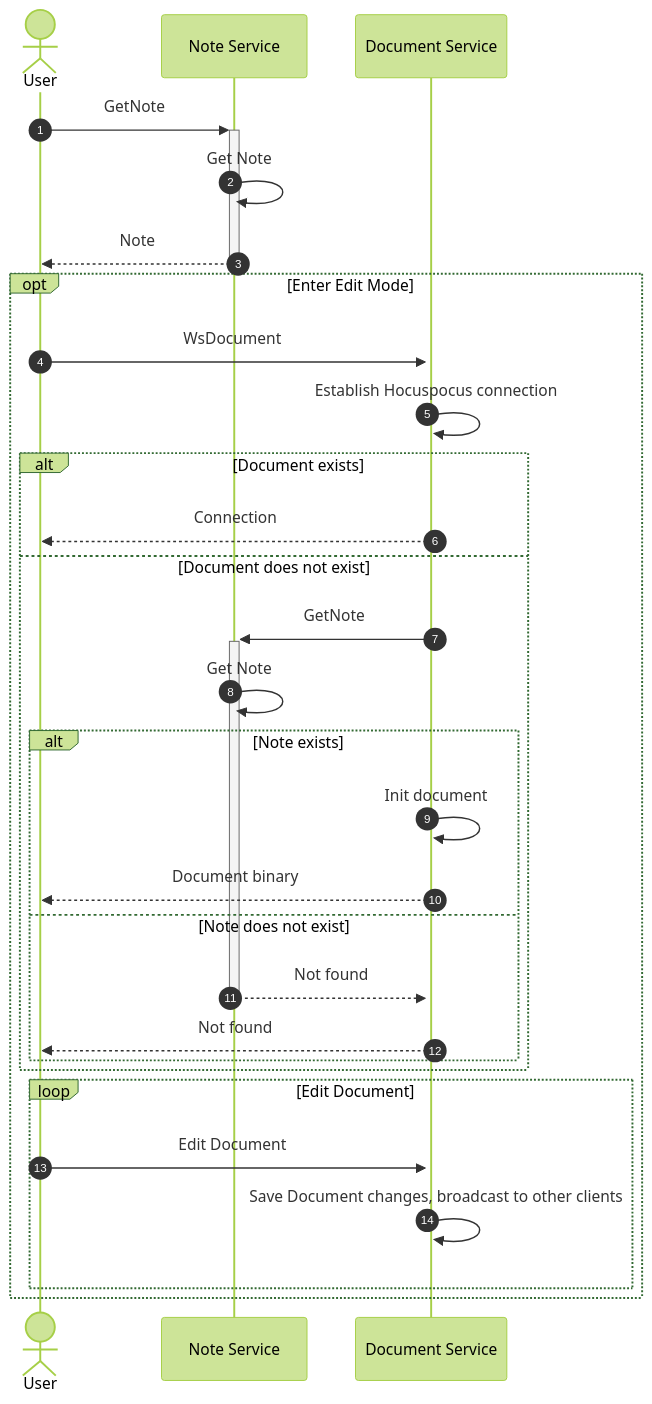
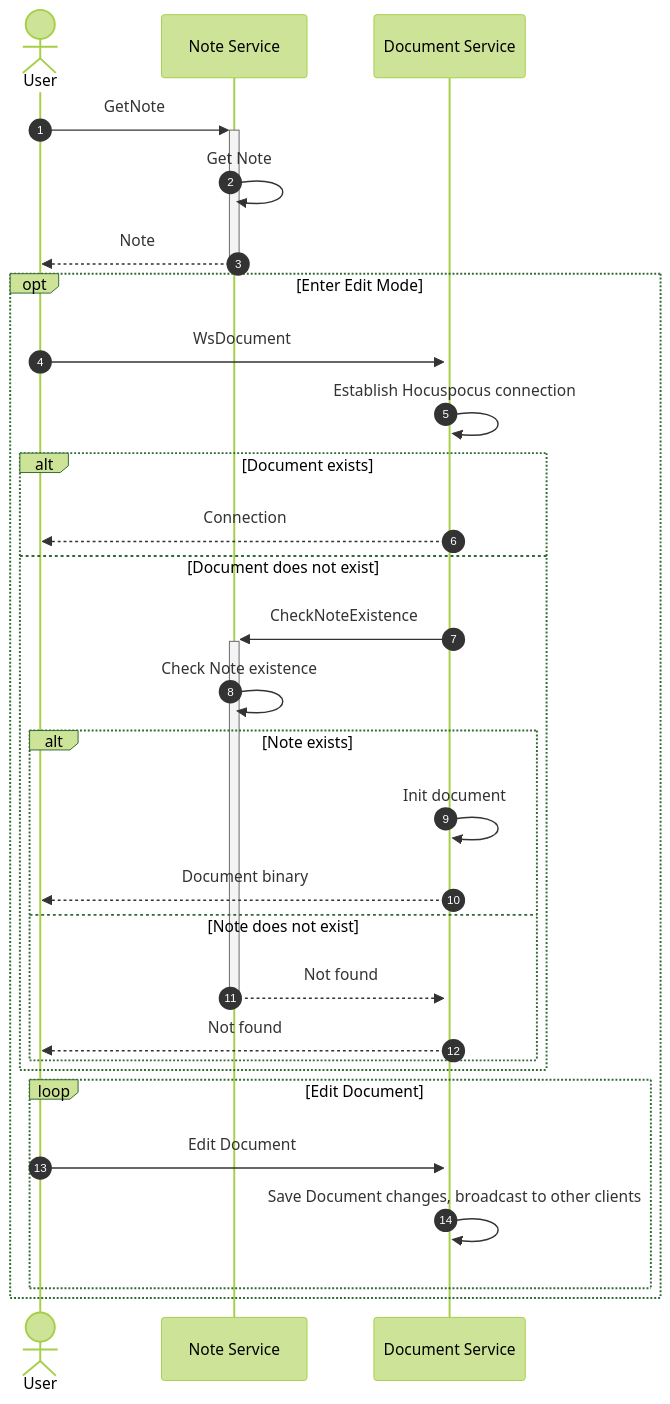
One commit to notopia-uit/notopia changed the second of 5 diagrams in docs/src/references/activity/note.md. Above: the diagram before and after it, drawn with Mermaid (forest theme). The commit also changed 6 other files, not shown here.

Commit message:
feat(proto): add check note existence

````diff
--- a/docs/src/references/activity/note.md
+++ b/docs/src/references/activity/note.md
@@ -37,33 +37,33 @@
 ```mermaid
 sequenceDiagram
     autonumber
 
     actor U as User
     participant NS as Note Service
     participant DS as Document Service
 
     U->>+NS: GetNote
     NS->>NS: Get Note
     NS-->>-U: Note
     opt Enter Edit Mode
         U->>+DS: WsDocument
         DS->>DS: Establish Hocuspocus connection
         alt Document exists
             DS-->>U: Connection
         else Document does not exist
-            DS->>+NS: GetNote
-            NS->>NS: Get Note
+            DS->>+NS: CheckNoteExistence
+            NS->>NS: Check Note existence
             alt Note exists
                 DS->>DS: Init document
                 DS-->>U: Document binary
             else Note does not exist
                 NS-->>-DS: Not found
                 DS-->>U: Not found
             end
         end
         loop Edit Document
             U->>DS: Edit Document
             DS->>DS: Save Document changes, broadcast to other clients
         end
     end
 ```
````
